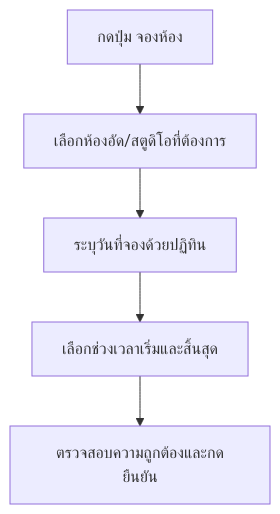
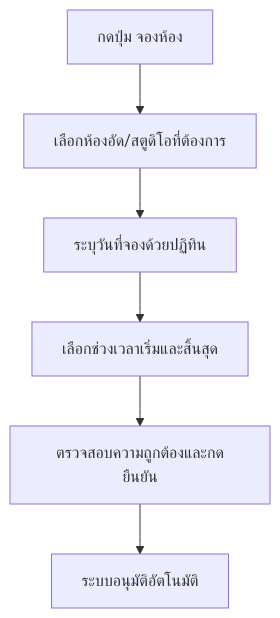
One commit to k-atsadawut/PJ_PM_Room_Booking changed the diagram in user_manual.md. Above: the diagram before and after it, drawn with Mermaid. The commit also changed other lines of this file and 19 other files, not shown here.

````diff
--- a/user_manual.md
+++ b/user_manual.md
@@ -34,7 +34,8 @@
 ```mermaid
 graph TD
     A[กดปุ่ม จองห้อง] --> B[เลือกห้องอัด/สตูดิโอที่ต้องการ]
     B --> C[ระบุวันที่จองด้วยปฏิทิน]
     C --> D[เลือกช่วงเวลาเริ่มและสิ้นสุด]
     D --> E[ตรวจสอบความถูกต้องและกดยืนยัน]
+    E --> F[ระบบอนุมัติอัตโนมัติ]
 ```
````
